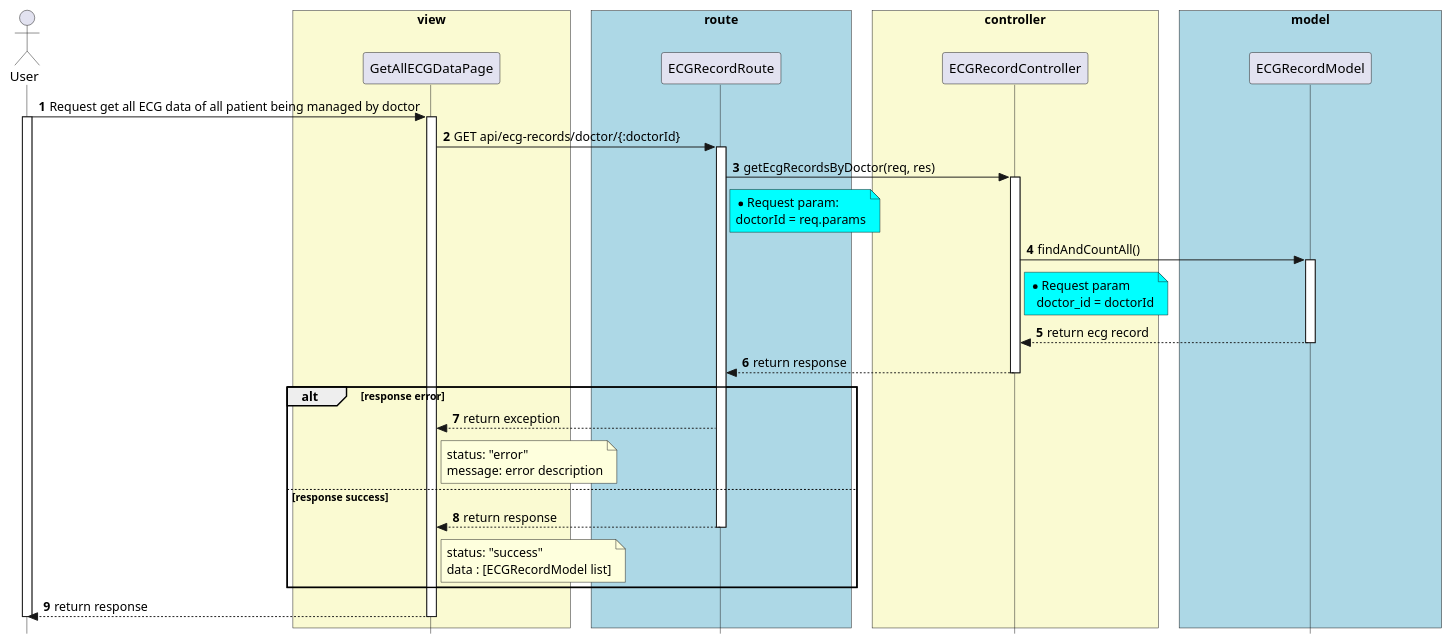
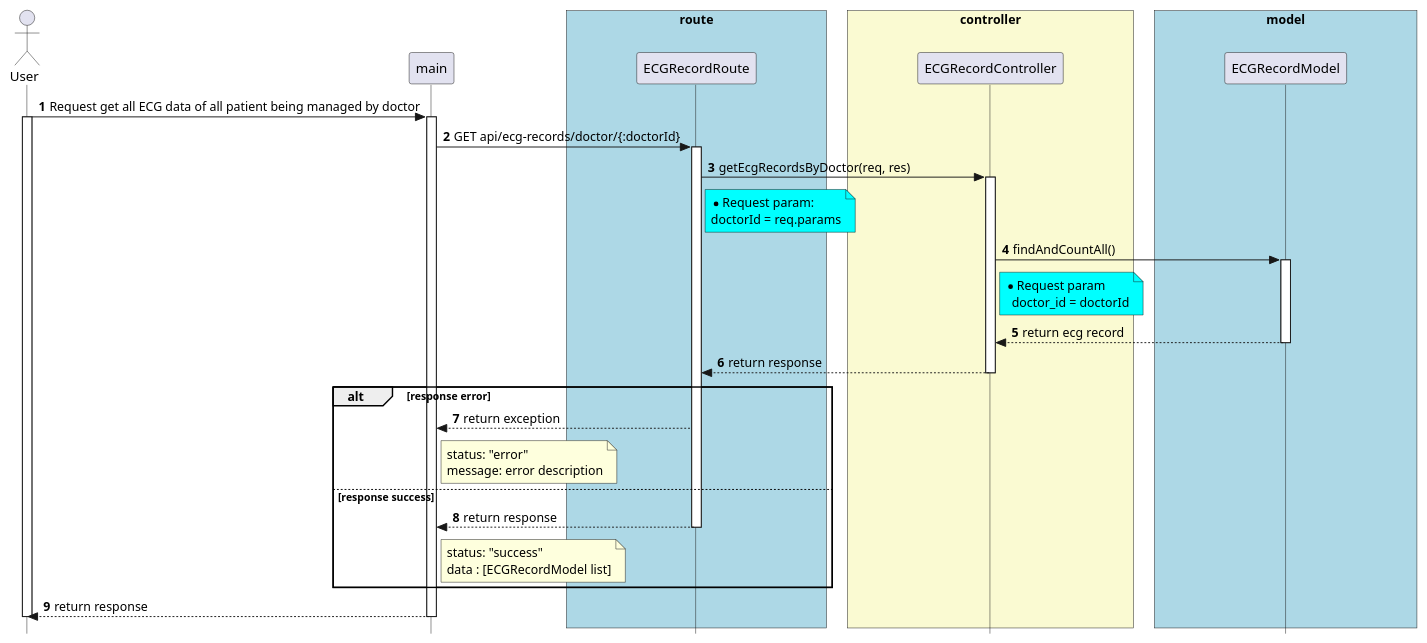
The diagram in diagram/sequence/API/ecgRecords/getEcgRecordsByDoctor.pu (techcomrade/fmECG), drawn with PlantUML before and after one commit. The commit also changed 75 other files, not shown here.

```diff
--- a/diagram/sequence/API/ecgRecords/getEcgRecordsByDoctor.pu
+++ b/diagram/sequence/API/ecgRecords/getEcgRecordsByDoctor.pu
@@ -3,93 +3,91 @@
 @startuml
 
 
 skinparam style strictuml
 
 skinparam lifelineStrategy solid
 
 skinparam ParticipantPadding 70
 
 skinparam BoxPadding 10
 
 autonumber
 
 actor User as User
 
-box "view" #LightGoldenRodYellow
 
-participant GetAllECGDataPage as GetAllECGDataPage
+participant main as main
 
-end box
 
 box "route" #lightBlue
 
 participant ECGRecordRoute as ECGRecordRoute
 
 end box
 
 
 box "controller" #LightGoldenRodYellow
 participant ECGRecordController as ECGRecordController
 
 end box
 
 
 box "model" #lightBlue
 participant ECGRecordModel as ECGRecordModel
 
 end box
 
 
-User -> GetAllECGDataPage: Request get all ECG data of all patient being managed by doctor
+User -> main: Request get all ECG data of all patient being managed by doctor
 activate User
-activate GetAllECGDataPage
+activate main
 
-GetAllECGDataPage -> ECGRecordRoute: GET api/ecg-records/doctor/{:doctorId}
+main -> ECGRecordRoute: GET api/ecg-records/doctor/{:doctorId}
 activate ECGRecordRoute
 
 
 ECGRecordRoute -> ECGRecordController: getEcgRecordsByDoctor(req, res)
 activate ECGRecordController
 
 note right of ECGRecordRoute #Aqua
   * Request param:
   doctorId = req.params
 end note
 
 
 ECGRecordController -> ECGRecordModel: findAndCountAll()
 note right of ECGRecordController #Aqua
   * Request param
     doctor_id = doctorId
 end note
 
 activate ECGRecordModel
 
 ECGRecordModel --> ECGRecordController: return ecg record
 
 deactivate ECGRecordModel
 
 ECGRecordController --> ECGRecordRoute: return response
 
 deactivate ECGRecordController
 
 alt response error
-  ECGRecordRoute --> GetAllECGDataPage: return exception
-  note right of GetAllECGDataPage
+  ECGRecordRoute --> main: return exception
+  note right of main
     status: "error"
     message: error description
   end note
 else response success
-  ECGRecordRoute --> GetAllECGDataPage: return response
+  ECGRecordRoute --> main: return response
   deactivate ECGRecordRoute
 
-  note right of GetAllECGDataPage
+  note right of main
     status: "success"
     data : [ECGRecordModel list]
   end note
 end
-GetAllECGDataPage --> User: return response
-deactivate GetAllECGDataPage
+main --> User: return response
+deactivate main
 deactivate User
 
 @enduml
```
